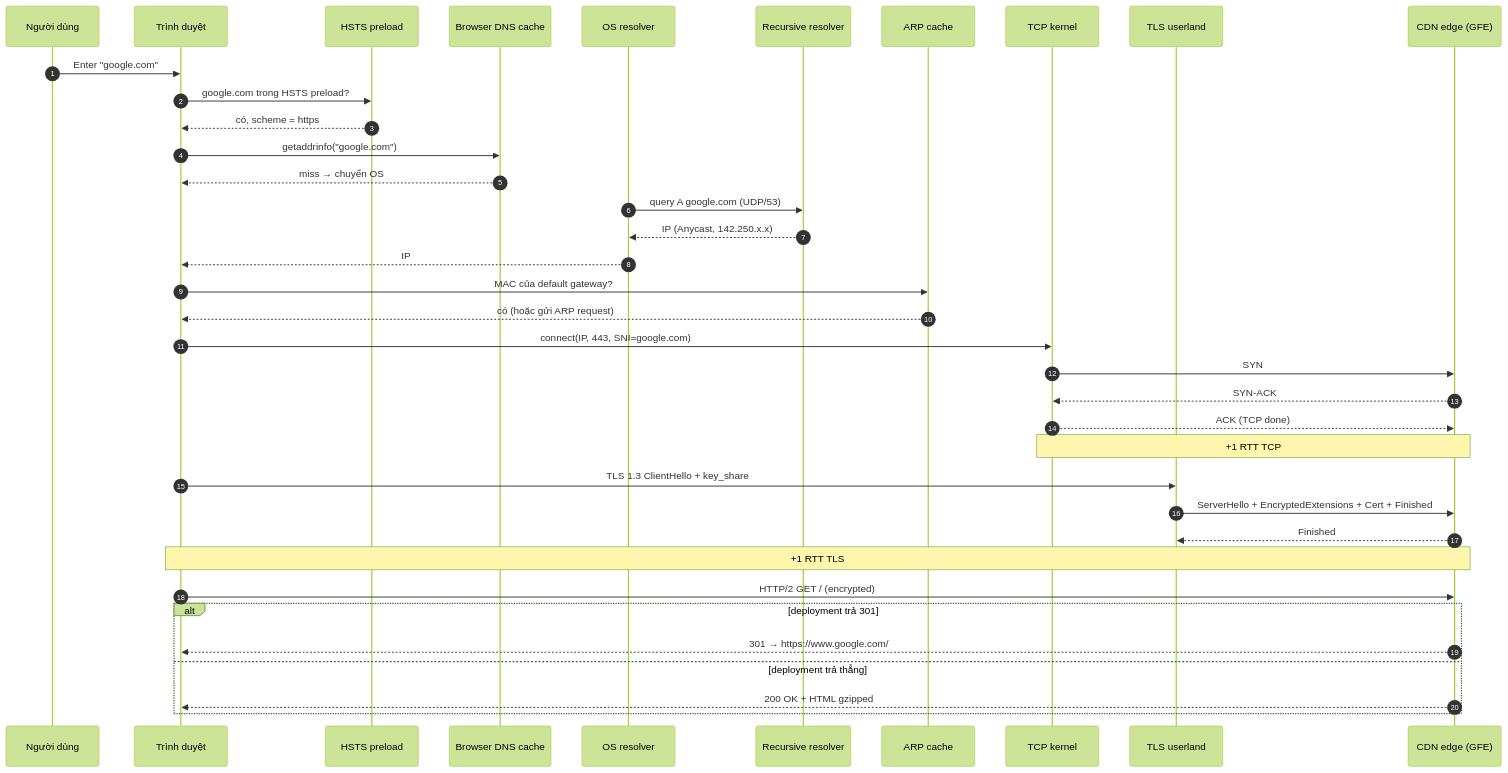
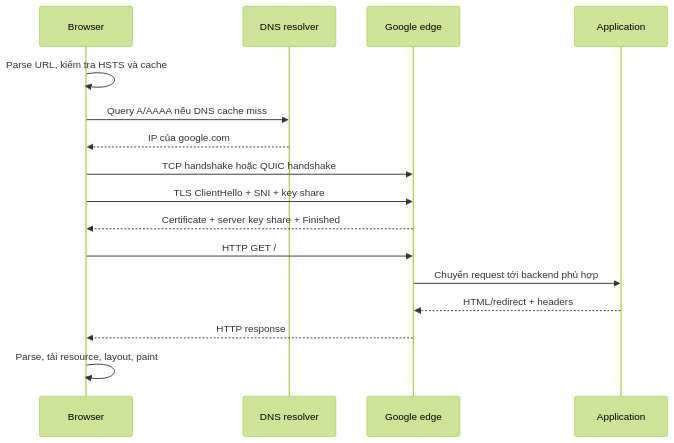
The diagram in Networking/type-google-com-in-browser.md (FATU29/cs-fundamental-interview), drawn with Mermaid (forest theme) before and after one commit. The commit also changed other lines of this file and 167 other files, not shown here.

````diff
--- a/Networking/type-google-com-in-browser.md
+++ b/Networking/type-google-com-in-browser.md
@@ -40,40 +40,18 @@
 ```mermaid
 sequenceDiagram
-    autonumber
-    participant U as Người dùng
-    participant BR as Trình duyệt
-    participant HST as HSTS preload
-    participant DC as Browser DNS cache
-    participant OS as OS resolver
-    participant RR as Recursive resolver
-    participant AR as ARP cache
-    participant TC as TCP kernel
-    participant TL as TLS userland
-    participant CD as CDN edge (GFE)
-
-    U->>BR: Enter "google.com"
-    BR->>HST: google.com trong HSTS preload?
-    HST-->>BR: có, scheme = https
-    BR->>DC: getaddrinfo("google.com")
-    DC-->>BR: miss → chuyển OS
-    OS->>RR: query A google.com (UDP/53)
-    RR-->>OS: IP (Anycast, 142.250.x.x)
-    OS-->>BR: IP
-    BR->>AR: MAC của default gateway?
-    AR-->>BR: có (hoặc gửi ARP request)
-    BR->>TC: connect(IP, 443, SNI=google.com)
-    TC->>CD: SYN
-    CD-->>TC: SYN-ACK
-    TC-->>CD: ACK (TCP done)
-    Note over TC,CD: +1 RTT TCP
-    BR->>TL: TLS 1.3 ClientHello + key_share
-    TL->>CD: ServerHello + EncryptedExtensions + Cert + Finished
-    CD-->>TL: Finished
-    Note over BR,CD: +1 RTT TLS
-    BR->>CD: HTTP/2 GET / (encrypted)
-    alt deployment trả 301
-        CD-->>BR: 301 → https://www.google.com/
-    else deployment trả thẳng
-        CD-->>BR: 200 OK + HTML gzipped
-    end
+    participant B as Browser
+    participant R as DNS resolver
+    participant S as Google edge
+    participant A as Application
+    B->>B: Parse URL, kiểm tra HSTS và cache
+    B->>R: Query A/AAAA nếu DNS cache miss
+    R-->>B: IP của google.com
+    B->>S: TCP handshake hoặc QUIC handshake
+    B->>S: TLS ClientHello + SNI + key share
+    S-->>B: Certificate + server key share + Finished
+    B->>S: HTTP GET /
+    S->>A: Chuyển request tới backend phù hợp
+    A-->>S: HTML/redirect + headers
+    S-->>B: HTTP response
+    B->>B: Parse, tải resource, layout, paint
 ```
````
